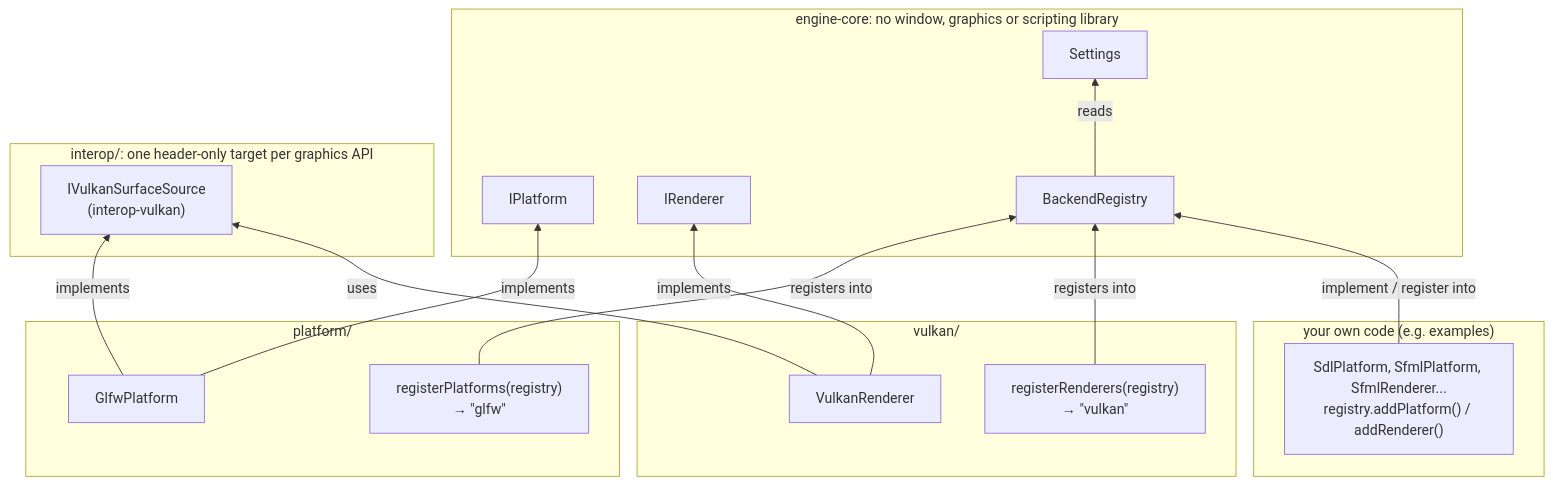
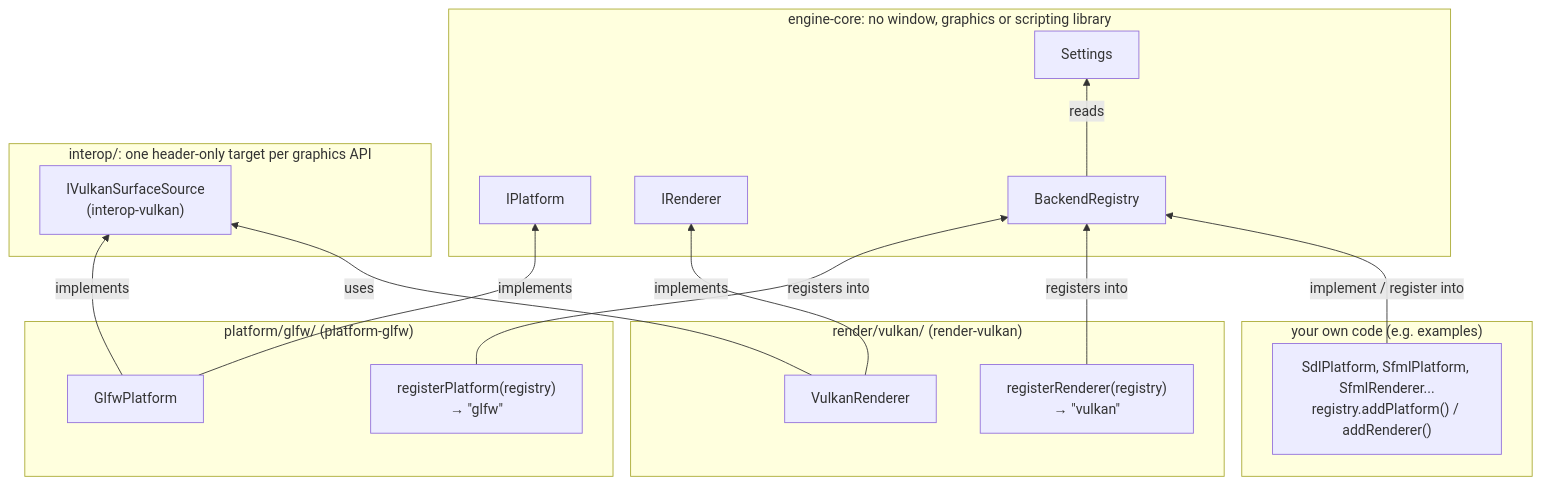
Before and after one commit to Charles-Mahoudeau/rtype: the first of 2 diagrams in docs/Backend.md, drawn with Mermaid. The commit also changed other lines of this file and 36 other files, not shown here.

Commit message:
chore(platform&render): move GLFW in his dir and move vulkan/ to render/vulkan

````diff
--- a/docs/Backend.md
+++ b/docs/Backend.md
@@ -19,36 +19,36 @@
 ```mermaid
 flowchart BT
     subgraph CORE["engine-core: no window, graphics or scripting library"]
         IP["IPlatform"]
         IR["IRenderer"]
         ST["Settings"]
         BR["BackendRegistry"]
     end
 
     subgraph INTEROP["interop/: one header-only target per graphics API"]
         IV["IVulkanSurfaceSource<br/>(interop-vulkan)"]
     end
 
-    subgraph PLATFORM["platform/"]
+    subgraph PLATFORM["platform/glfw/ (platform-glfw)"]
         GP["GlfwPlatform"]
-        RP["registerPlatforms(registry)<br/>→ &quot;glfw&quot;"]
+        RP["registerPlatform(registry)<br/>→ &quot;glfw&quot;"]
     end
 
-    subgraph VULKAN["vulkan/"]
+    subgraph VULKAN["render/vulkan/ (render-vulkan)"]
         VR["VulkanRenderer"]
-        RR["registerRenderers(registry)<br/>→ &quot;vulkan&quot;"]
+        RR["registerRenderer(registry)<br/>→ &quot;vulkan&quot;"]
     end
 
     subgraph OWN["your own code (e.g. examples)"]
         OB["SdlPlatform, SfmlPlatform, SfmlRenderer...<br/>registry.addPlatform() / addRenderer()"]
     end
 
     GP -- implements --> IP
     GP -- implements --> IV
     VR -- implements --> IR
     VR -- uses --> IV
     RP -- registers into --> BR
     RR -- registers into --> BR
     OB -- implement / register into --> BR
     BR -- reads --> ST
 ```
````
